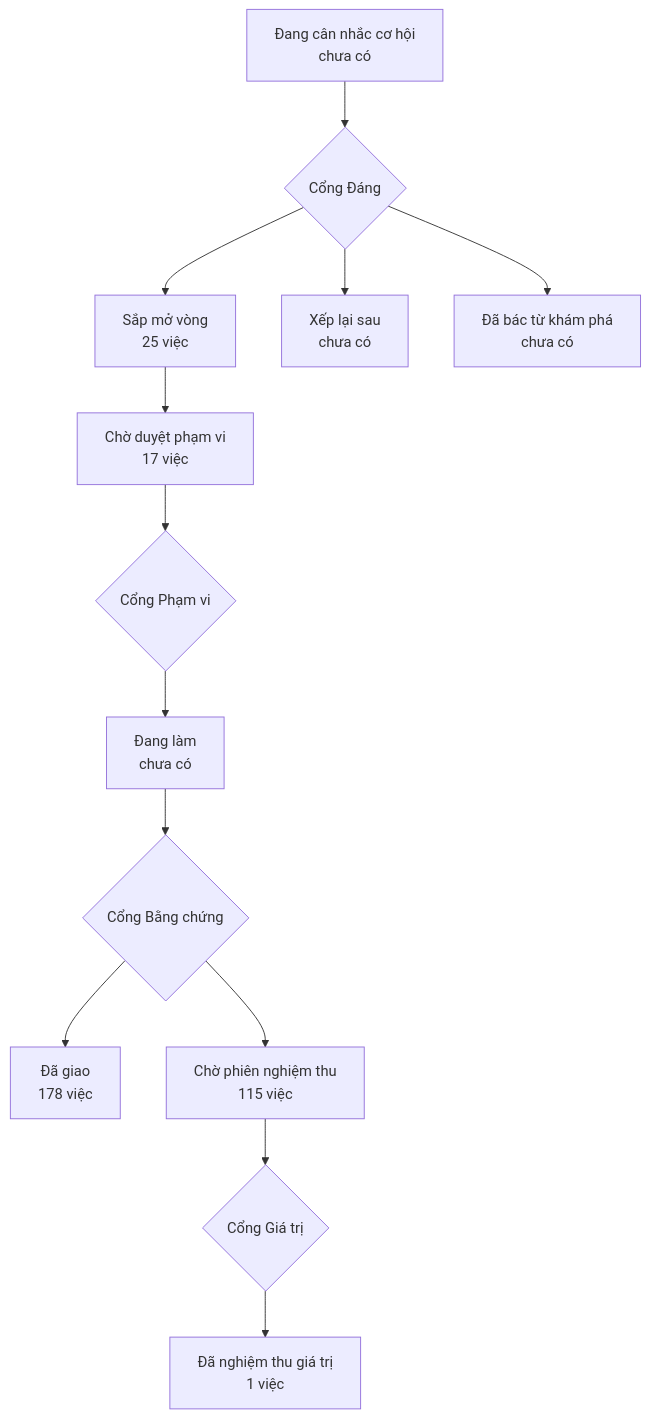
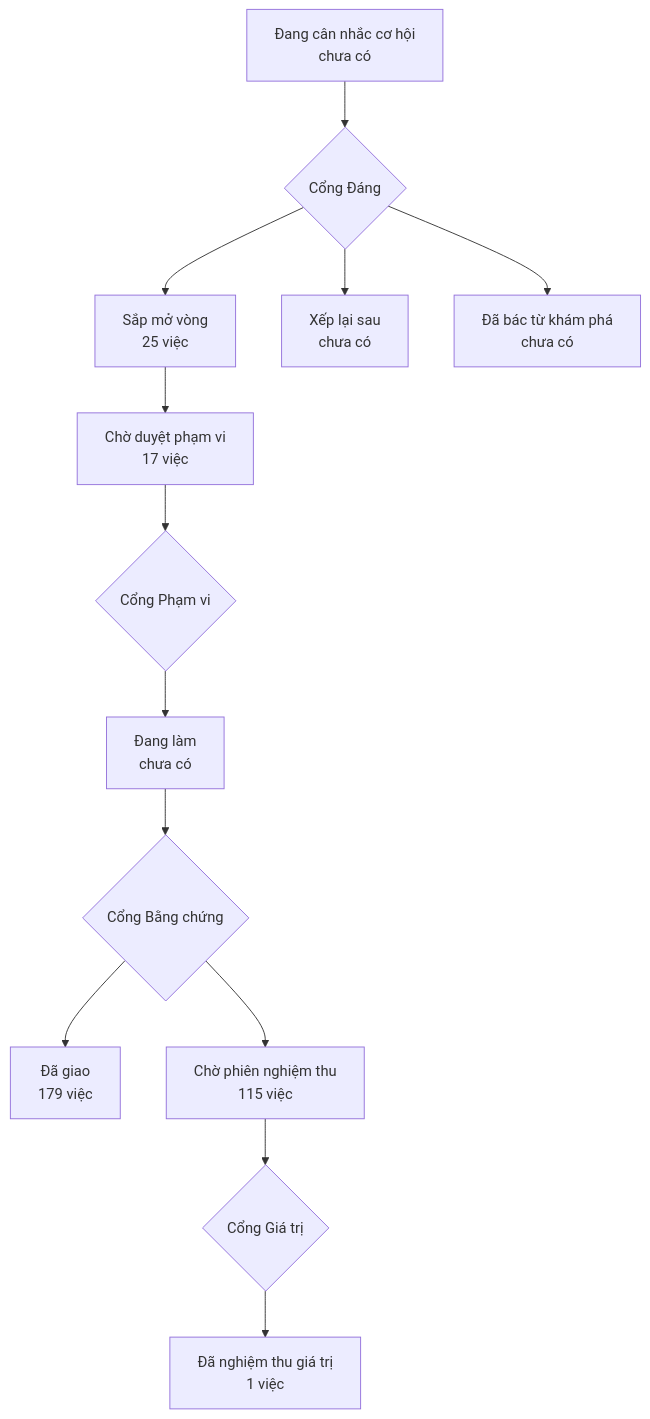
Before and after one commit to phanlemanh/onehub-invest: the diagram in PRODUCT-MAP.md, drawn with Mermaid. The commit also changed other lines of this file and 18 other files, not shown here.

````diff
--- a/PRODUCT-MAP.md
+++ b/PRODUCT-MAP.md
@@ -7,12 +7,12 @@
 ```mermaid
 flowchart TD
   A["Đang cân nhắc cơ hội<br/>chưa có"] --> GD{"Cổng Đáng"}
   GD --> B["Sắp mở vòng<br/>25 việc"]
   GD --> XL["Xếp lại sau<br/>chưa có"]
   GD --> DB["Đã bác từ khám phá<br/>chưa có"]
   B --> CD["Chờ duyệt phạm vi<br/>17 việc"] --> GP{"Cổng Phạm vi"}
   GP --> DL["Đang làm<br/>chưa có"] --> GB{"Cổng Bằng chứng"}
-  GB --> DG["Đã giao<br/>178 việc"]
+  GB --> DG["Đã giao<br/>179 việc"]
   GB --> CN["Chờ phiên nghiệm thu<br/>115 việc"] --> GG{"Cổng Giá trị"}
   GG --> NT["Đã nghiệm thu giá trị<br/>1 việc"]
 ```
````
